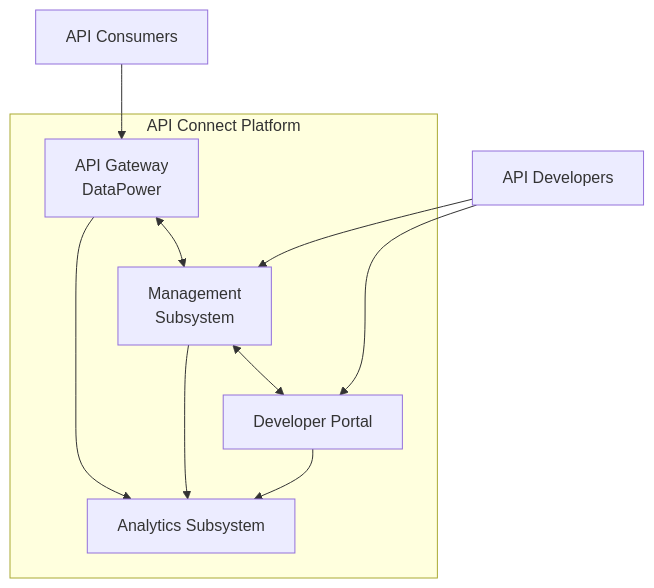
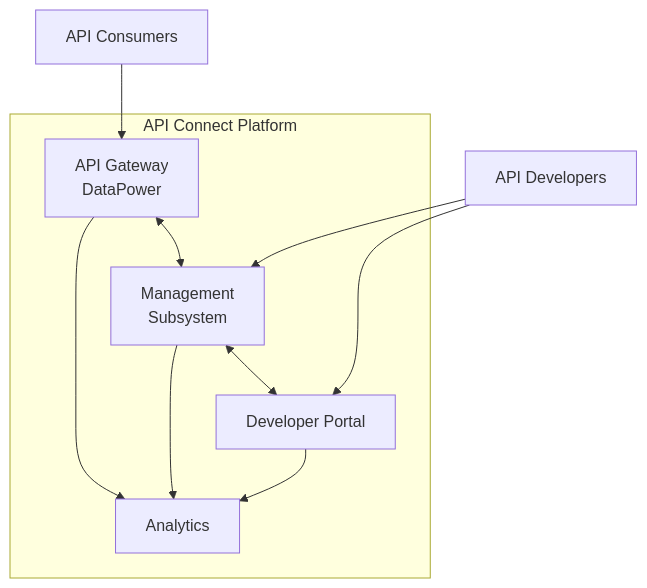
Before and after one commit to CodySchluenz/tester: the first of 2 diagrams in Architecture.md, drawn with Mermaid. The commit also changed other lines of this file and 4 other files, not shown here.

````diff
--- a/Architecture.md
+++ b/Architecture.md
@@ -21,14 +5,14 @@
 ```mermaid
 graph TD
     subgraph "API Connect Platform"
         G[API Gateway<br>DataPower] <--> M[Management<br>Subsystem]
         M <--> P[Developer Portal]
-        G --> A[Analytics Subsystem]
+        G --> A[Analytics]
         M --> A
         P --> A
     end
     
     C[API Consumers] --> G
     D[API Developers] --> M
     D --> P
 ```
````
